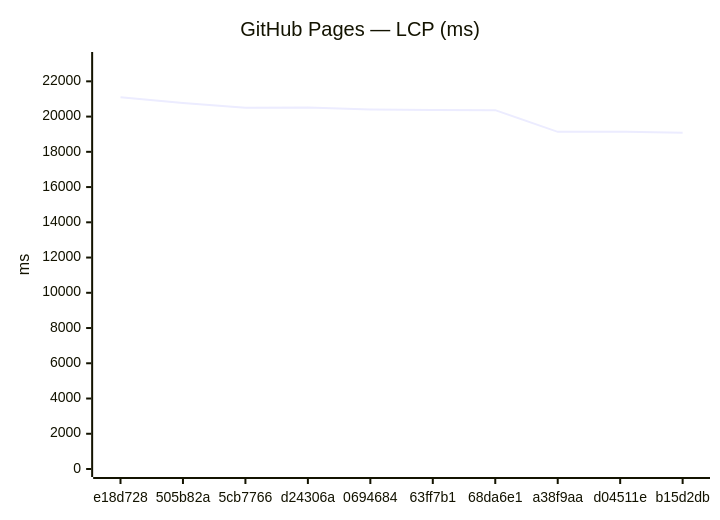
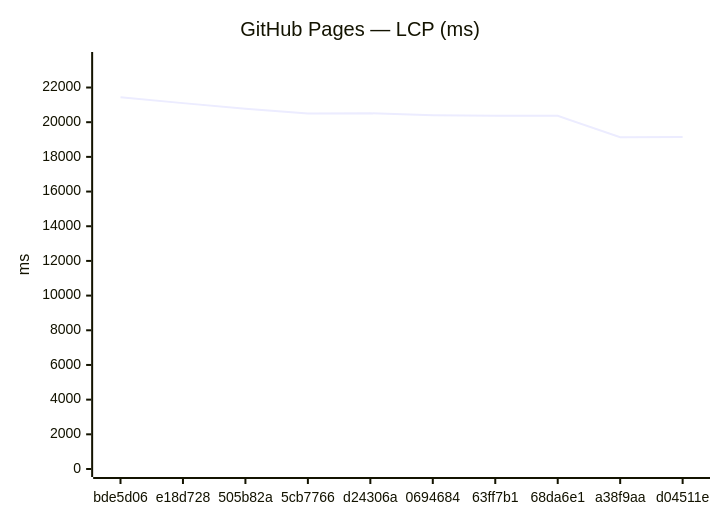
One commit to Metaheurist/Rianell changed the third of 18 diagrams in benchmarks/compare.md. Above: the diagram before and after it, drawn with Mermaid. The commit also changed other lines of this file and 11 other files, not shown here.

````diff
--- a/benchmarks/compare.md
+++ b/benchmarks/compare.md
@@ -54,7 +54,7 @@
 ```mermaid
 xychart-beta
     title "GitHub Pages — LCP (ms)"
-    x-axis ["e18d728", "505b82a", "5cb7766", "d24306a", "0694684", "63ff7b1", "68da6e1", "a38f9aa", "d04511e", "b15d2db"]
-    y-axis "ms" 0 --> 23211
-    line [21100, 20773, 20501, 20513, 20406, 20374, 20366, 19133, 19145, 19077]
+    x-axis ["bde5d06", "e18d728", "505b82a", "5cb7766", "d24306a", "0694684", "63ff7b1", "68da6e1", "a38f9aa", "d04511e"]
+    y-axis "ms" 0 --> 23587
+    line [21442, 21100, 20773, 20501, 20513, 20406, 20374, 20366, 19133, 19145]
 ```
````
